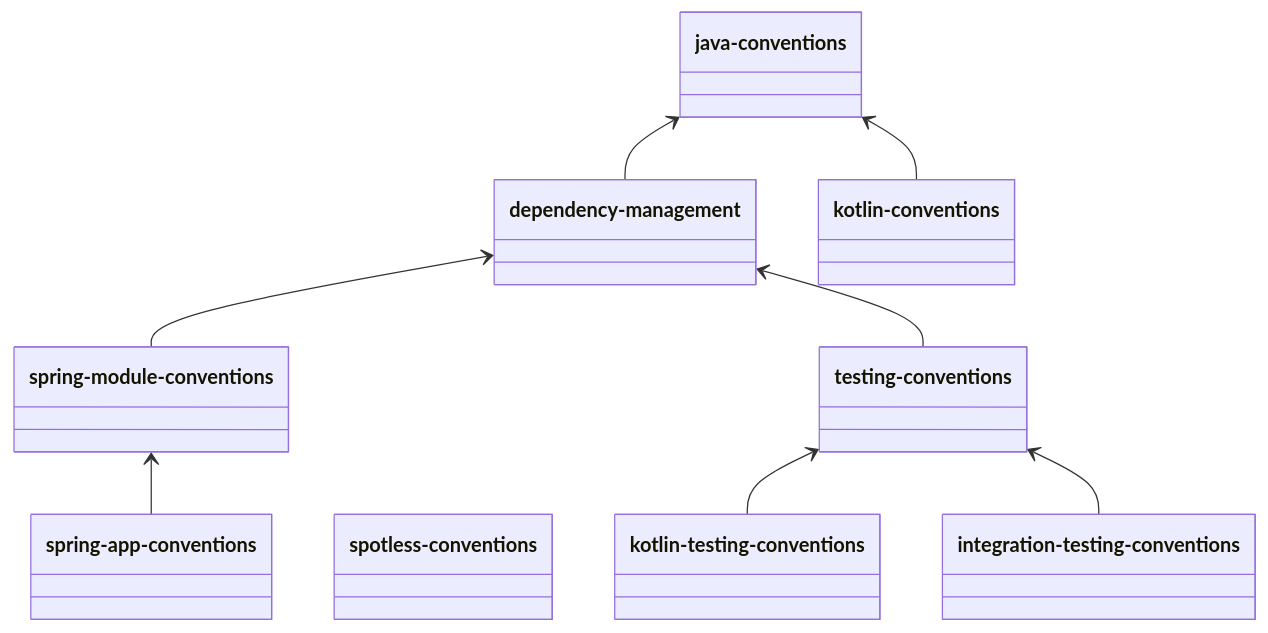
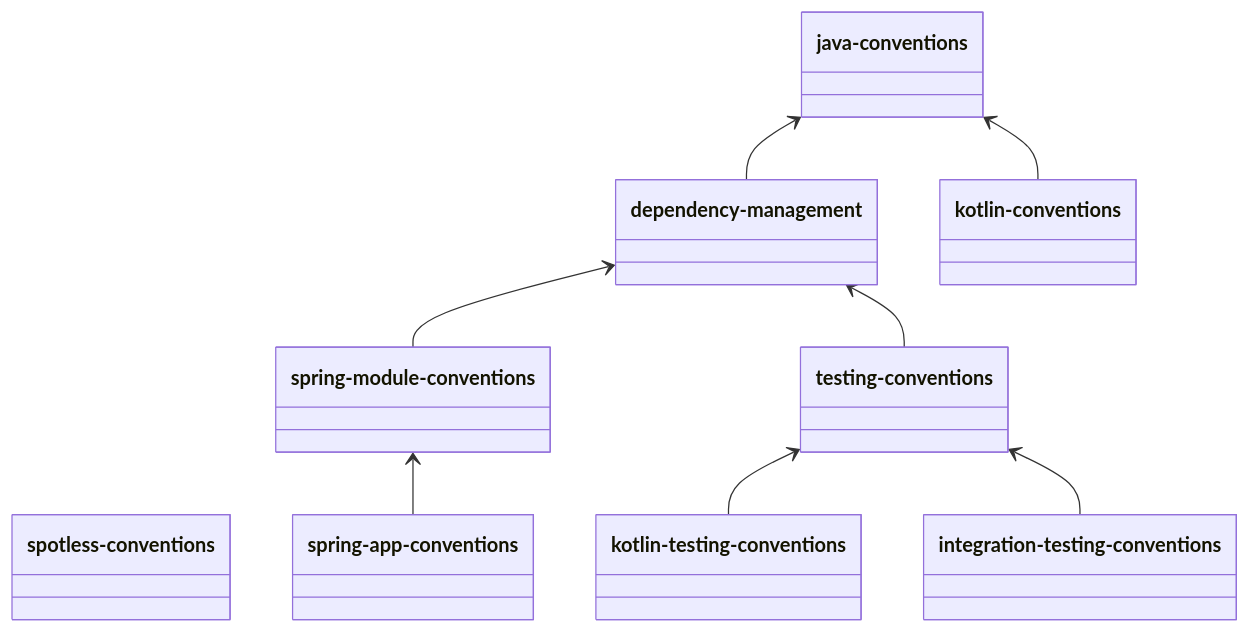
The diagram in buildSrc/README.md (BSStudio/bss-web-admin-backend), drawn with Mermaid before and after one commit. The commit also changed other lines of this file, not shown here.

````diff
--- a/buildSrc/README.md
+++ b/buildSrc/README.md
@@ -6,22 +6,22 @@
 ```mermaid
 classDiagram
 direction BT
 
+class spotless-conventions
 class kotlin-conventions
 class java-conventions
 class dependency-management
 class integration-testing-conventions
-class spotless-conventions
 class spring-app-conventions
 class spring-module-conventions
 class testing-conventions
 class kotlin-testing-conventions
 
 kotlin-testing-conventions --> testing-conventions
 integration-testing-conventions --> testing-conventions
 spring-app-conventions --> spring-module-conventions
 spring-module-conventions --> dependency-management
 dependency-management --> java-conventions
 testing-conventions --> dependency-management
 kotlin-conventions --> java-conventions
 ```
````
